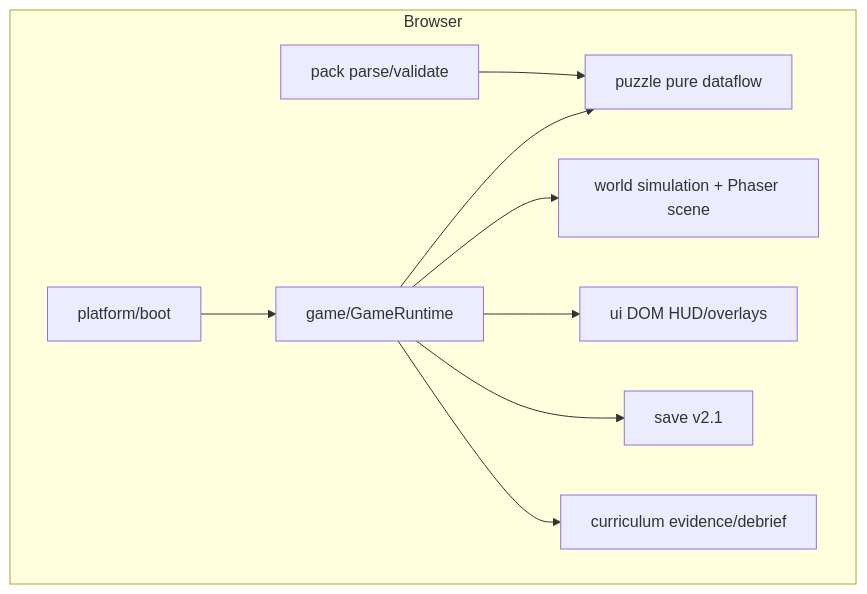
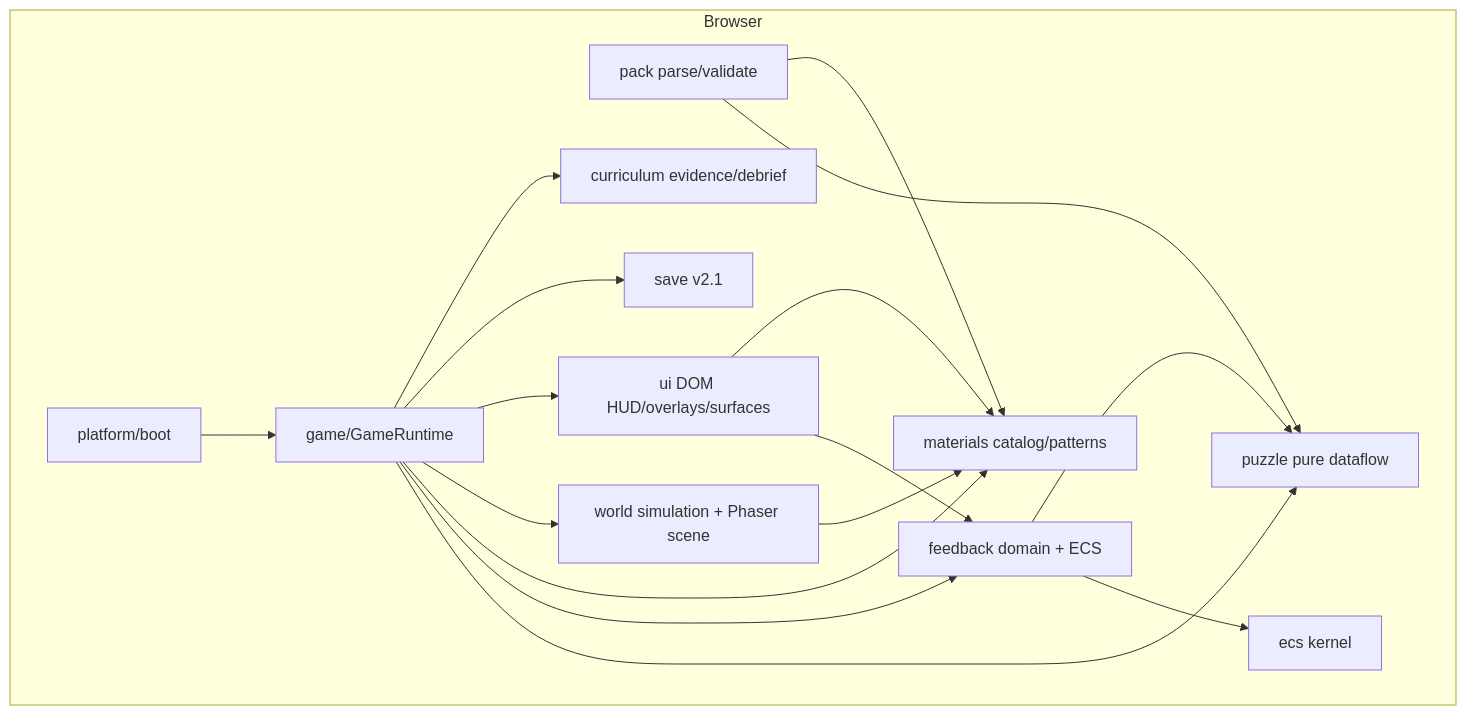
Before and after one commit to Snorre98/shrinkonauts: the second of 10 diagrams in docs/puzzle-engine/architecture.md, drawn with Mermaid. The commit also changed other lines of this file and 200 other files, not shown here.

````diff
--- a/docs/puzzle-engine/architecture.md
+++ b/docs/puzzle-engine/architecture.md
@@ -121,20 +155,31 @@
 ```mermaid
 flowchart TB
     subgraph Browser
         Platform[platform/boot]
         Game[game/GameRuntime]
         World[world simulation + Phaser scene]
-        UI[ui DOM HUD/overlays]
+        UI[ui DOM HUD/overlays/surfaces]
+        Feedback[feedback domain + ECS]
+        Ecs[ecs kernel]
         Puzzle[puzzle pure dataflow]
         Pack[pack parse/validate]
+        Materials[materials catalog/patterns]
         Curriculum[curriculum evidence/debrief]
         Save[save v2.1]
     end
     Pack --> Puzzle
+    Pack --> Materials
     Game --> Puzzle
+    Game --> Feedback
+    Game --> Materials
+    Feedback --> Ecs
+    Feedback --> Puzzle
     Game --> World
     Game --> UI
+    UI --> Feedback
+    UI --> Materials
+    World --> Materials
     Game --> Save
     Game --> Curriculum
     Platform --> Game
 ```
````
